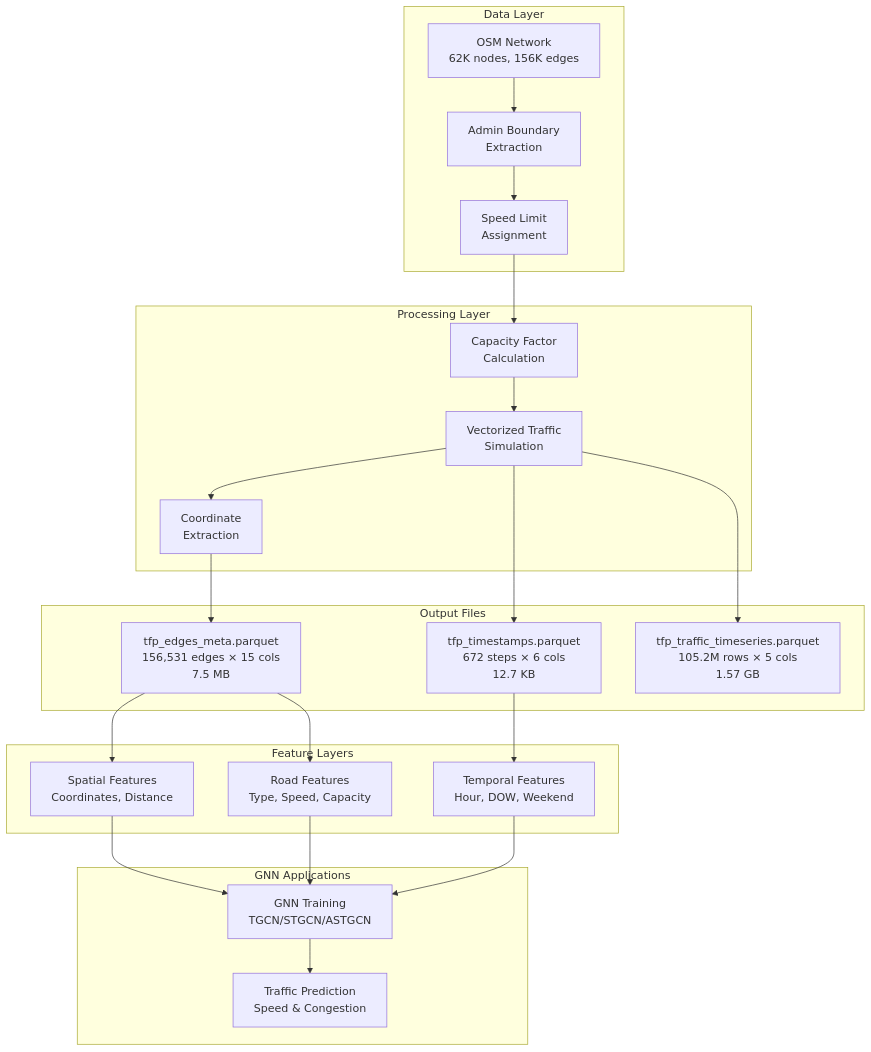
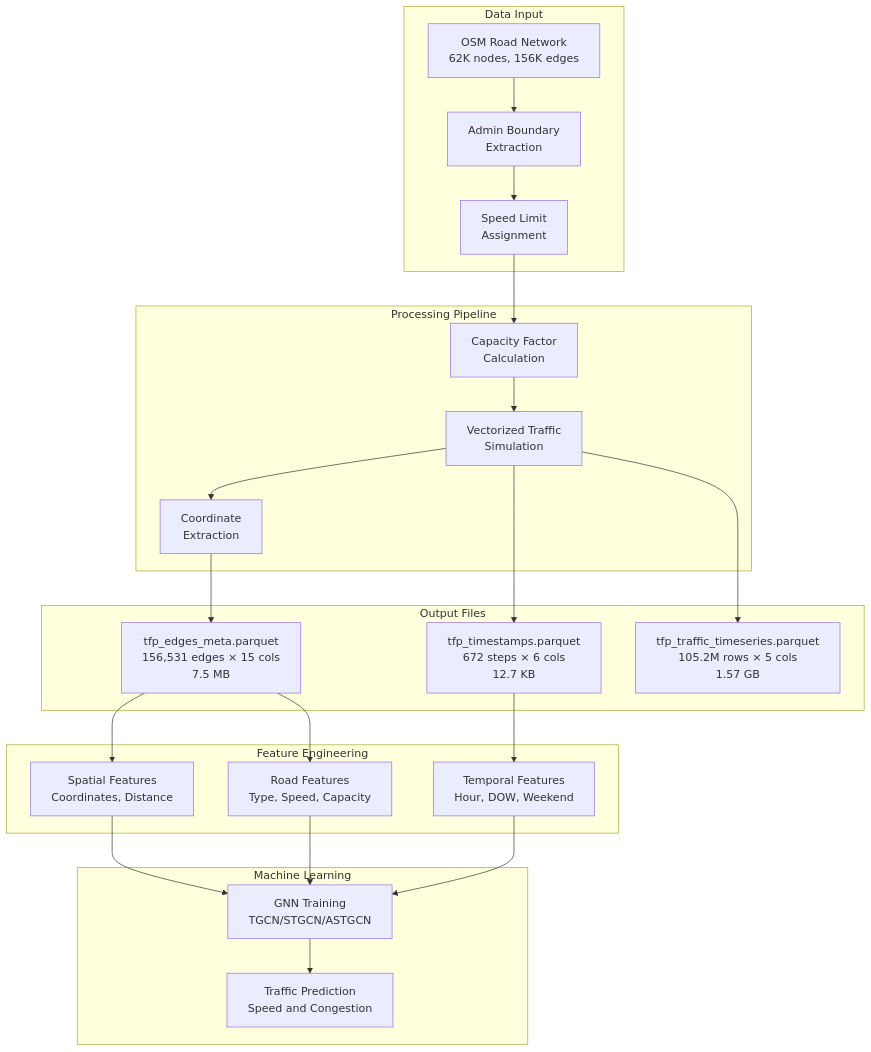
The diagram in README.md (Traffic-Flow/Traffic-Flow-Prediction), drawn with Mermaid before and after one commit. The commit also changed other lines of this file, not shown here.

````diff
--- a/README.md
+++ b/README.md
@@ -18,47 +42,47 @@
 ```mermaid
 flowchart TB
-    subgraph data [Data Layer]
-        CSV["OSM Network<br/>62K nodes, 156K edges"]
+    subgraph data [Data Input]
+        CSV["OSM Road Network<br/>62K nodes, 156K edges"]
         Admin["Admin Boundary<br/>Extraction"]
         Speed["Speed Limit<br/>Assignment"]
     end
 
-    subgraph processing [Processing Layer]
+    subgraph processing [Processing Pipeline]
         Capacity["Capacity Factor<br/>Calculation"]
         Traffic["Vectorized Traffic<br/>Simulation"]
         Coords["Coordinate<br/>Extraction"]
     end
 
     subgraph output [Output Files]
         Meta["tfp_edges_meta.parquet<br/>156,531 edges × 15 cols<br/>7.5 MB"]
         TS["tfp_timestamps.parquet<br/>672 steps × 6 cols<br/>12.7 KB"]
         Data["tfp_traffic_timeseries.parquet<br/>105.2M rows × 5 cols<br/>1.57 GB"]
     end
 
-    subgraph features [Feature Layers]
+    subgraph features [Feature Engineering]
         Spatial["Spatial Features<br/>Coordinates, Distance"]
         Road["Road Features<br/>Type, Speed, Capacity"]
         Temporal["Temporal Features<br/>Hour, DOW, Weekend"]
     end
 
-    subgraph gnn [GNN Applications]
+    subgraph ml [Machine Learning]
         Train["GNN Training<br/>TGCN/STGCN/ASTGCN"]
-        Predict["Traffic Prediction<br/>Speed & Congestion"]
+        Predict["Traffic Prediction<br/>Speed and Congestion"]
     end
 
     CSV --> Admin
     Admin --> Speed
     Speed --> Capacity
     Capacity --> Traffic
     Traffic --> Coords
     Coords --> Meta
     Traffic --> TS
     Traffic --> Data
     Meta --> Spatial
     Meta --> Road
     TS --> Temporal
     Spatial --> Train
     Road --> Train
     Temporal --> Train
     Train --> Predict
 ```
````
